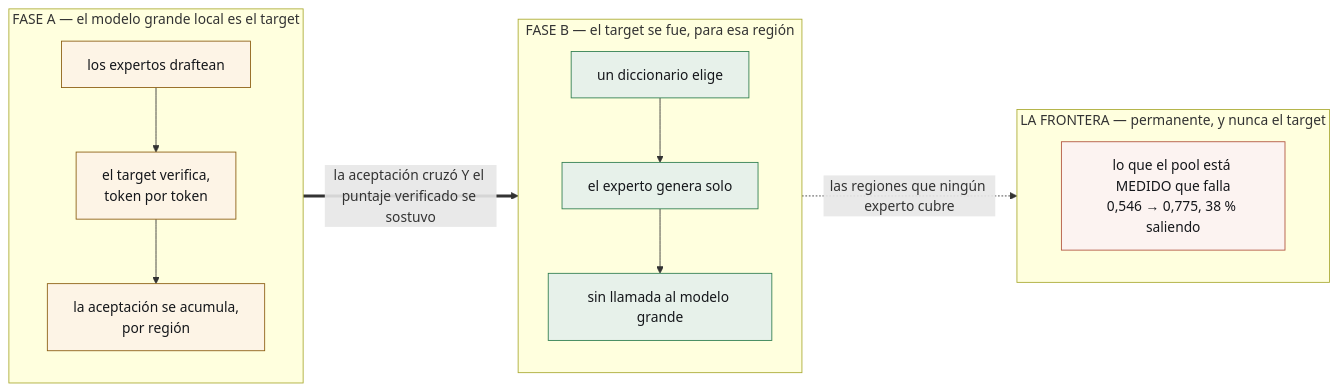
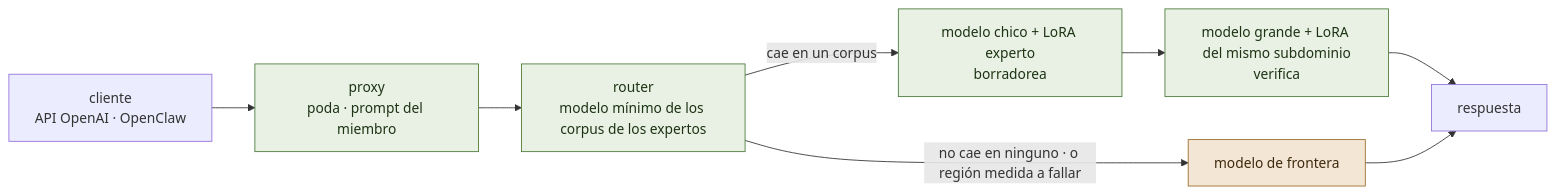
The diagram in README.es.md (EvolvingAgentsLabs/lora-kernel), drawn with Mermaid before and after one commit. The commit also changed other lines of this file and 443 other files, not shown here.

````diff
--- a/README.es.md
+++ b/README.es.md
@@ -406,24 +48,14 @@
 ```mermaid
 flowchart LR
-    subgraph PA["FASE A — el modelo grande local es el target"]
-        direction TB
-        A1["los expertos draftean"] --> A2["el target verifica,<br>token por token"] --> A3["la aceptación se acumula,<br>por región"]
-    end
-    subgraph PB["FASE B — el target se fue, para esa región"]
-        direction TB
-        B1["un diccionario elige"] --> B2["el experto genera solo"] --> B3["sin llamada al modelo grande"]
-    end
-    subgraph FR["LA FRONTERA — permanente, y nunca el target"]
-        direction TB
-        F1["lo que el pool está MEDIDO que falla<br>0,546 → 0,775, 38 % saliendo"]
-    end
-    PA == "la aceptación cruzó Y el puntaje verificado se sostuvo" ==> PB
-    PB -. "las regiones que ningún experto cubre" .-> FR
-
-    classDef a fill:#FDF4E6,stroke:#8A5C10,color:#15171B
-    classDef b fill:#E7F1EA,stroke:#2E7D4F,color:#15171B
-    classDef f fill:#FCF3F1,stroke:#B0523C,color:#15171B
-    class A1,A2,A3 a
-    class B1,B2,B3 b
-    class F1 f
+    C["cliente<br>API OpenAI · OpenClaw"] --> P["proxy<br>poda · prompt del miembro"]
+    P --> R["router<br>modelo mínimo de los corpus de los expertos"]
+    R -- "cae en un corpus" --> S["modelo chico + LoRA experto<br>borradorea"]
+    S --> L["modelo grande + LoRA del mismo subdominio<br>verifica"]
+    R -- "no cae en ninguno · o región medida a fallar" --> F["modelo de frontera"]
+    L --> A["respuesta"]
+    F --> A
+    classDef local fill:#e8f1e4,stroke:#4a7a3a,color:#1d3314
+    classDef out fill:#f4e6d4,stroke:#9a6a2a,color:#3d2a0e
+    class P,R,S,L local
+    class F out
 ```
````
